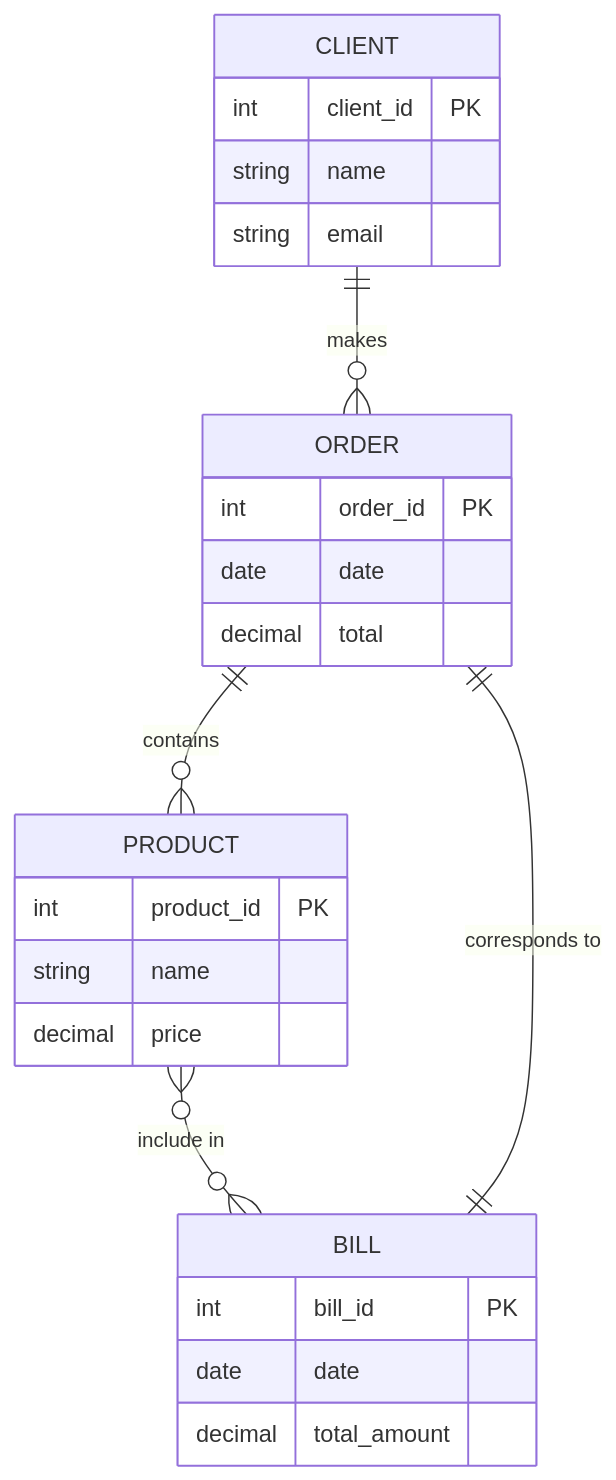
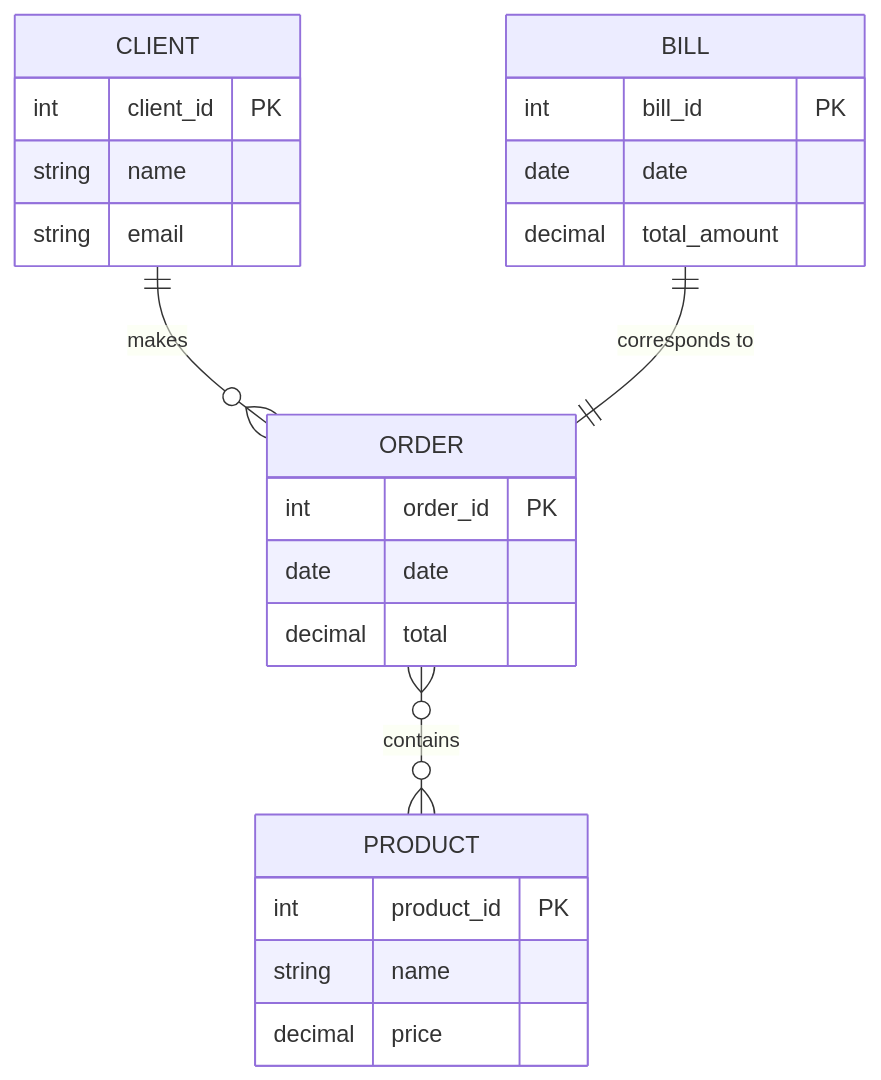
The diagram in README.md (mfaherold1998/Example_Orders), drawn with Mermaid before and after one commit. The commit also changed 20 other files, not shown here.

````diff
--- a/README.md
+++ b/README.md
@@ -7,33 +7,32 @@
 ```mermaid
 erDiagram
     %% Entities
     CLIENT {
       int client_id PK
       string name
       string email
     }
 
     ORDER {
       int order_id PK
       date date
       decimal total
     }
 
     PRODUCT {
       int product_id PK
       string name
       decimal price
     }
 
     BILL {
       int bill_id PK
       date date
       decimal total_amount
     }
 
     %% Relations
     CLIENT ||--o{ ORDER : "makes"
-    ORDER ||--o{ PRODUCT : "contains"
+    ORDER }o--o{ PRODUCT : "contains"
     BILL ||--|| ORDER : "corresponds to"
-    PRODUCT }o--o{ BILL : "include in"
 ```
````
